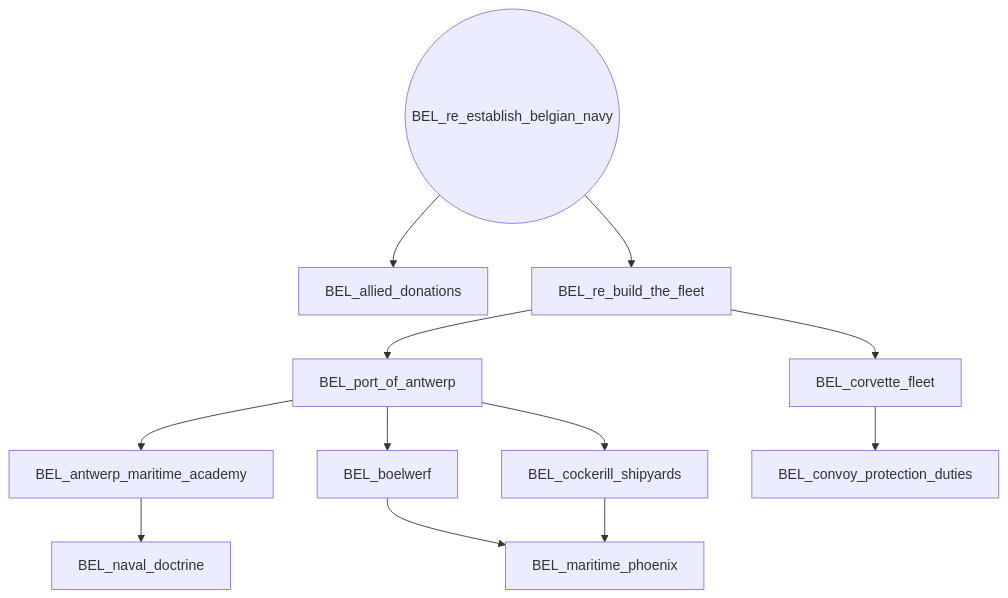
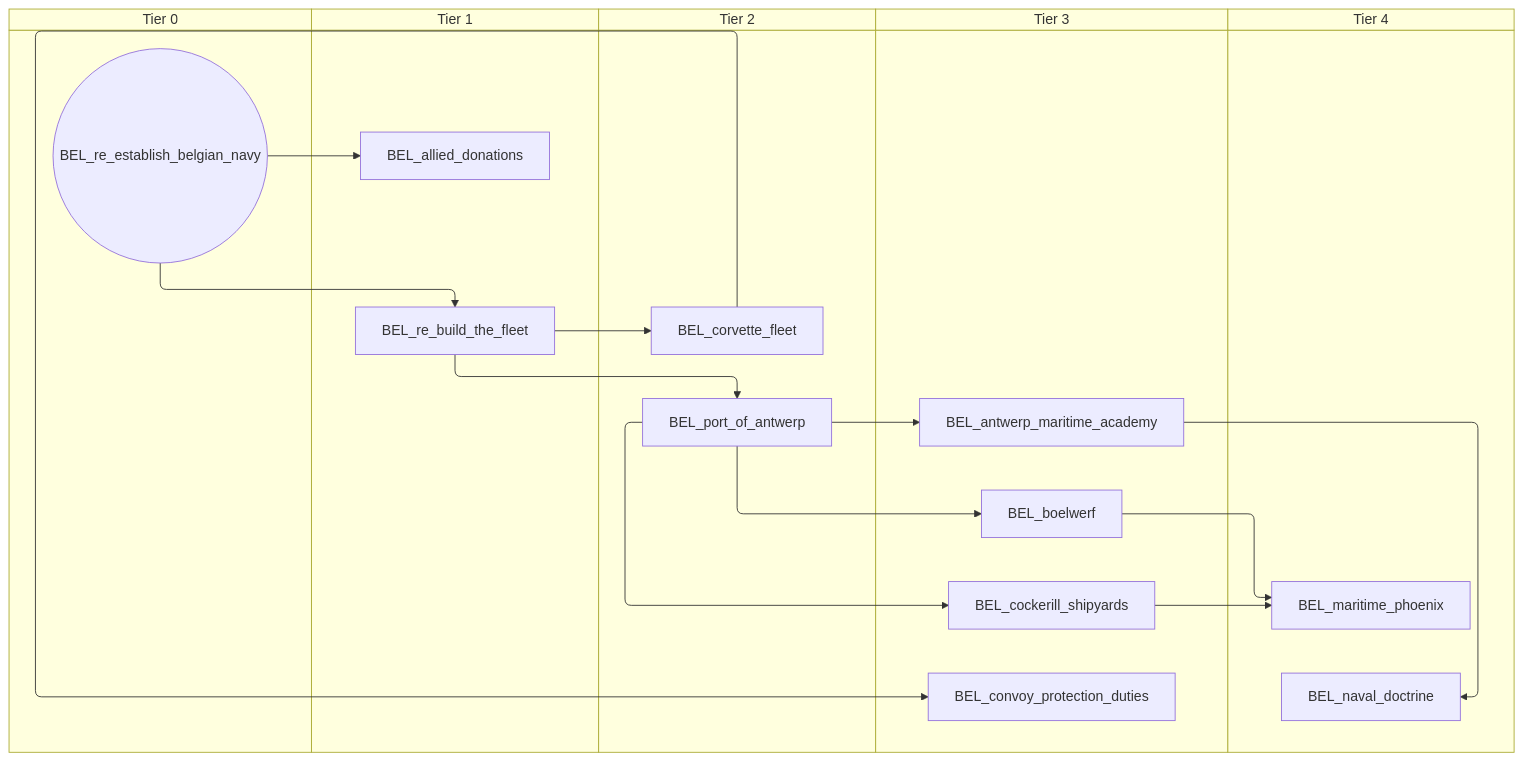
The fifth of 6 diagrams in docs/gdd/National Focuses/r56/belgium.md (evgeny-sobol/hoi4-sandbox-mode-r56), drawn with Mermaid before and after one commit. The commit also changed other lines of this file and 423 other files, not shown here.

First line of the commit message:
Re-export Rt56 focus trees as swimlane diagrams

````diff
--- a/docs/gdd/National Focuses/r56/belgium.md
+++ b/docs/gdd/National Focuses/r56/belgium.md
@@ -509,25 +585,35 @@
 ```mermaid
-flowchart TD
-    n145["BEL_allied_donations"]
-    n146["BEL_antwerp_maritime_academy"]
-    n147["BEL_boelwerf"]
-    n148["BEL_cockerill_shipyards"]
-    n149["BEL_convoy_protection_duties"]
-    n150["BEL_corvette_fleet"]
-    n151["BEL_maritime_phoenix"]
-    n152["BEL_naval_doctrine"]
-    n153["BEL_port_of_antwerp"]
-    n154["BEL_re_build_the_fleet"]
-    n155(("BEL_re_establish_belgian_navy"))
-    n155 --> n145
-    n153 --> n146
-    n153 --> n147
-    n153 --> n148
-    n150 --> n149
-    n154 --> n150
-    n147 --> n151
-    n148 --> n151
-    n146 --> n152
-    n154 --> n153
-    n155 --> n154
+swimlane-beta TD
+    subgraph tier_0["Tier 0"]
+        n145(("BEL_re_establish_belgian_navy"))
+    end
+    subgraph tier_1["Tier 1"]
+        n146["BEL_allied_donations"]
+        n147["BEL_re_build_the_fleet"]
+    end
+    subgraph tier_2["Tier 2"]
+        n148["BEL_corvette_fleet"]
+        n149["BEL_port_of_antwerp"]
+    end
+    subgraph tier_3["Tier 3"]
+        n150["BEL_antwerp_maritime_academy"]
+        n151["BEL_boelwerf"]
+        n152["BEL_cockerill_shipyards"]
+        n153["BEL_convoy_protection_duties"]
+    end
+    subgraph tier_4["Tier 4"]
+        n154["BEL_maritime_phoenix"]
+        n155["BEL_naval_doctrine"]
+    end
+    n145 --> n146
+    n149 --> n150
+    n149 --> n151
+    n149 --> n152
+    n148 --> n153
+    n147 --> n148
+    n151 --> n154
+    n152 --> n154
+    n150 --> n155
+    n147 --> n149
+    n145 --> n147
 ```
````
